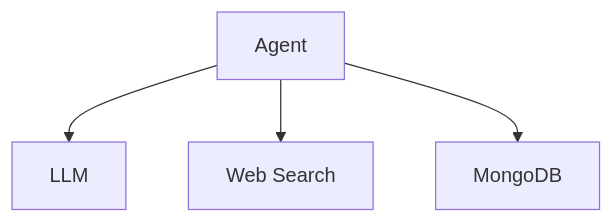
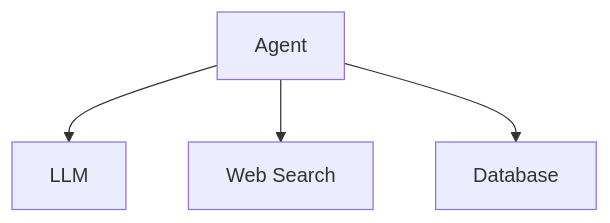
Before and after one commit to DenzelHopkins/agent: the diagram in README.md, drawn with Mermaid.

Commit message:
update readme architecture diagram

````diff
--- a/README.md
+++ b/README.md
@@ -5,6 +5,6 @@
 ```mermaid
 graph TD
     Agent --> LLM
     Agent --> WebSearch[Web Search]
-    Agent --> Database[MongoDB]
+    Agent --> Database[Database]
 ```
````
